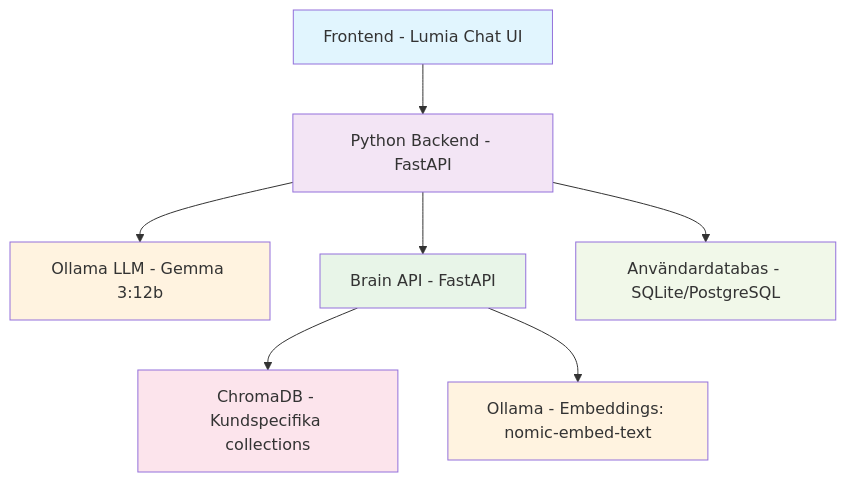
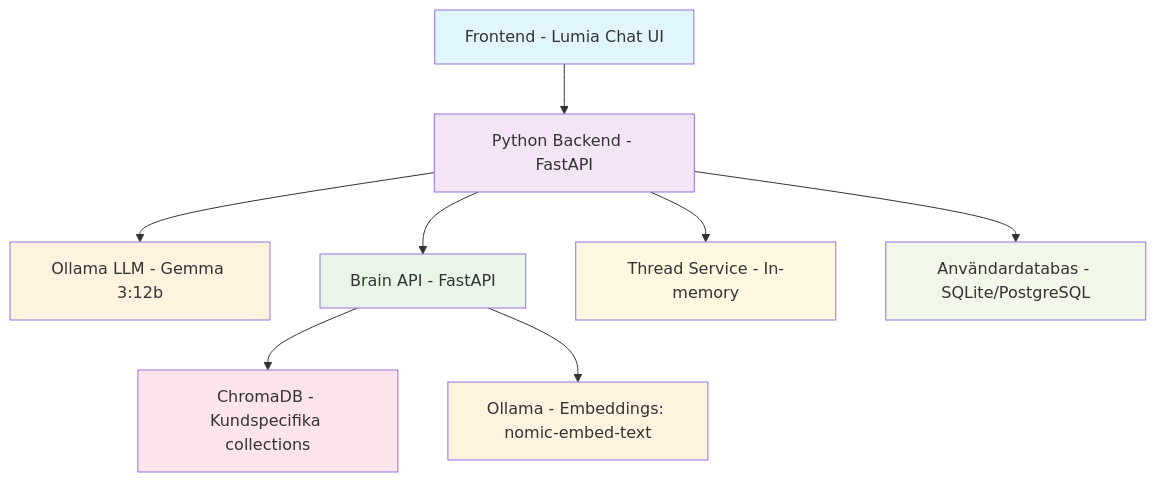
Before and after one commit to jonasulveseth/lumia-chat: the diagram in README.md, drawn with Mermaid. The commit also changed other lines of this file and 67 other files, not shown here.

````diff
--- a/README.md
+++ b/README.md
@@ -25,17 +26,19 @@
 ```mermaid
 graph TB
     A[Frontend - Lumia Chat UI] --> B[Python Backend - FastAPI]
     B --> C[Ollama LLM - Gemma 3:12b]
     B --> D[Brain API - FastAPI]
-    D --> E[ChromaDB - Kundspecifika collections]
-    D --> F[Ollama - Embeddings: nomic-embed-text]
-    B --> G[Användardatabas - SQLite/PostgreSQL]
+    B --> E[Thread Service - In-memory]
+    D --> F[ChromaDB - Kundspecifika collections]
+    D --> G[Ollama - Embeddings: nomic-embed-text]
+    B --> H[Användardatabas - SQLite/PostgreSQL]
     
     style A fill:#e1f5fe
     style B fill:#f3e5f5
     style C fill:#fff3e0
     style D fill:#e8f5e8
-    style E fill:#fce4ec
-    style F fill:#fff3e0
-    style G fill:#f1f8e9
+    style E fill:#fff8e1
+    style F fill:#fce4ec
+    style G fill:#fff3e0
+    style H fill:#f1f8e9
 ```
````
